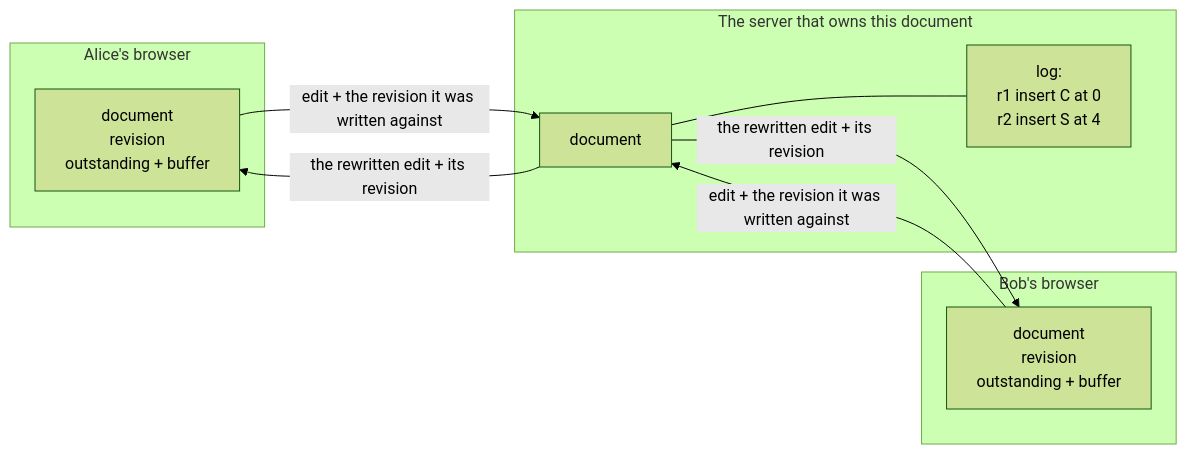
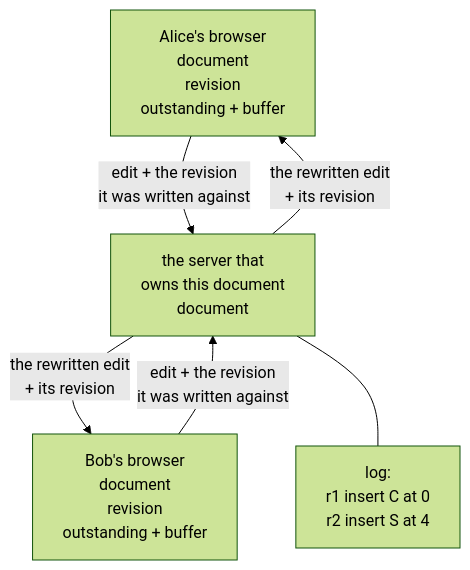
One commit to ravivarmachaluvadi/Learning changed the second of 5 diagrams in 71-google-docs-system-design/README.md. Above: the diagram before and after it, drawn with Mermaid (forest theme). The commit also changed other lines of this file, not shown here.

````diff
--- a/71-google-docs-system-design/README.md
+++ b/71-google-docs-system-design/README.md
@@ -462,18 +637,12 @@
 ```mermaid
-flowchart LR
-    subgraph AliceBox["Alice's browser"]
-      A1["document<br/>revision<br/>outstanding + buffer"]
-    end
-    subgraph SrvBox["The server that owns this document"]
-      S1["document"]
-      S2["log:<br/>r1 insert C at 0<br/>r2 insert S at 4"]
-    end
-    subgraph BobBox["Bob's browser"]
-      B1["document<br/>revision<br/>outstanding + buffer"]
-    end
-    A1 -- "edit + the revision it was written against" --> S1
-    B1 -- "edit + the revision it was written against" --> S1
-    S1 -- "the rewritten edit + its revision" --> A1
-    S1 -- "the rewritten edit + its revision" --> B1
+flowchart TD
+    A1["Alice's browser<br>document<br>revision<br>outstanding + buffer"]
+    B1["Bob's browser<br>document<br>revision<br>outstanding + buffer"]
+    S1["the server that<br>owns this document<br>document"]
+    S2["log:<br>r1 insert C at 0<br>r2 insert S at 4"]
+    A1 -- "edit + the revision<br>it was written against" --> S1
+    B1 -- "edit + the revision<br>it was written against" --> S1
+    S1 -- "the rewritten edit<br>+ its revision" --> A1
+    S1 -- "the rewritten edit<br>+ its revision" --> B1
     S1 --- S2
 ```
````
